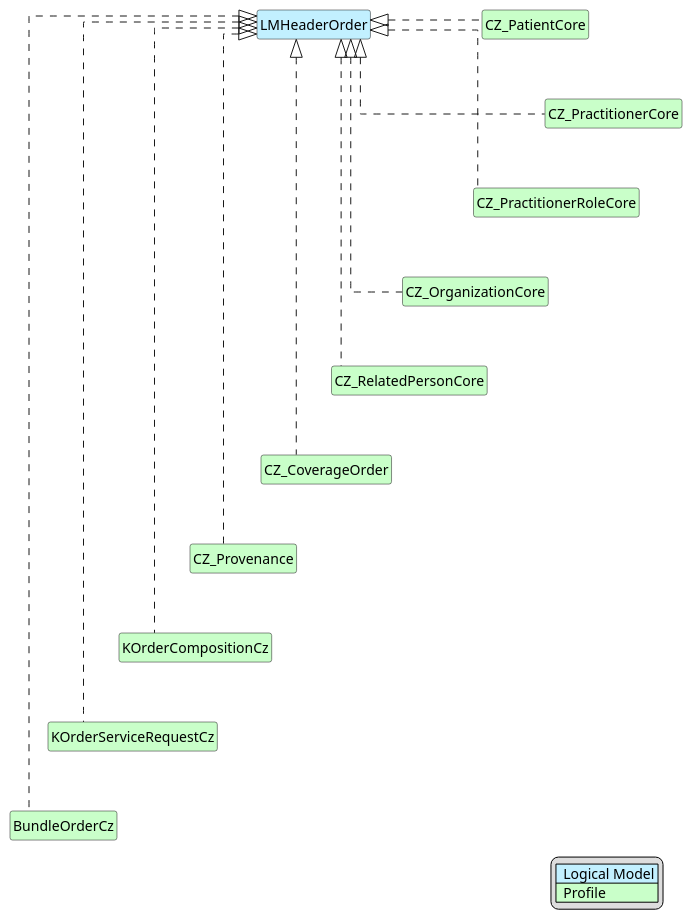
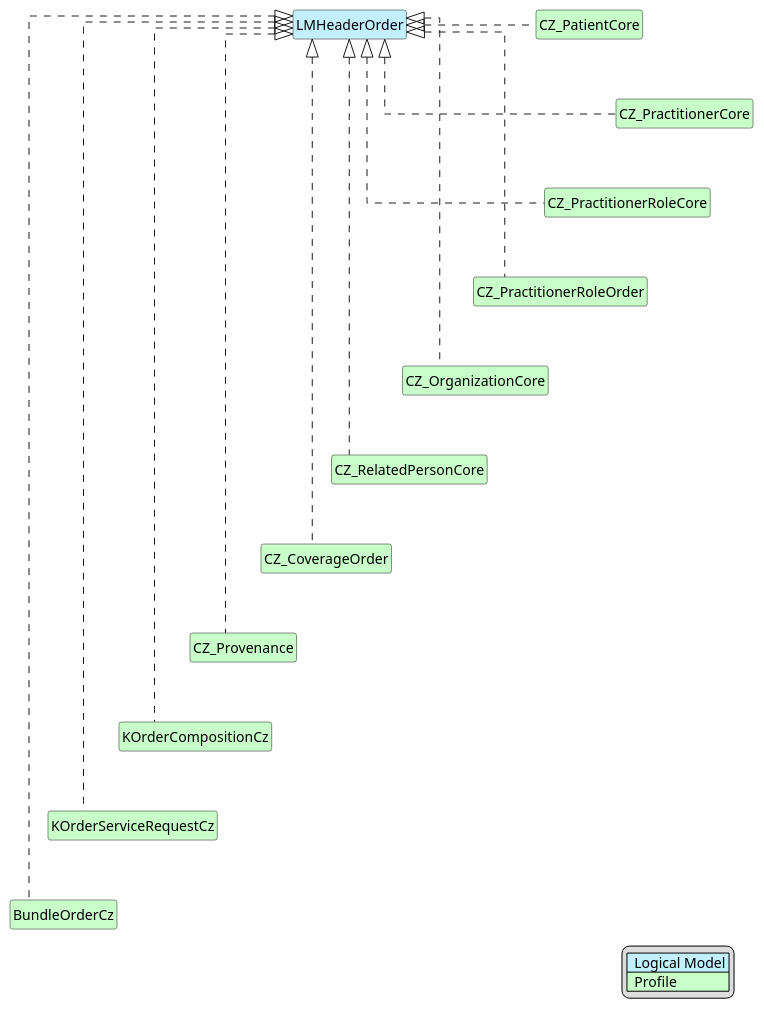
One commit to HL7-cz/k-order changed the diagram in input/images-source/K-Header-map.plantuml. Above: the diagram before and after it, drawn with PlantUML. The commit also changed 67 other files, not shown here.

```diff
--- a/input/images-source/K-Header-map.plantuml
+++ b/input/images-source/K-Header-map.plantuml
@@ -1,46 +1,49 @@
 @startuml
 ' Generated by scripts/sync-header-mapping.py
 hide circle
 hide stereotype
 hide members
 hide methods
 skinparam linetype ortho
 skinparam class {
 BackgroundColor<<LogicalModel>> #APPLICATION
 BackgroundColor<<Profile>> #TECHNOLOGY
 }
 legend right
 | <#APPLICATION>  Logical Model |
 | <#TECHNOLOGY>  Profile |
 endlegend
 class "LMHeaderOrder" as Header <<LogicalModel>> [[StructureDefinition-LMHeaderOrder.html]]
 class "CZ_PatientCore" as Target0 <<Profile>> [[https://hl7.cz/fhir/core/StructureDefinition-cz-patient-core.html]]
 Header <|. Target0
 class "CZ_PractitionerCore" as Target1 <<Profile>> [[https://hl7.cz/fhir/core/StructureDefinition-cz-practitioner-core.html]]
 Header <|. Target1
 Target0 -d[hidden]-> Target1
 class "CZ_PractitionerRoleCore" as Target2 <<Profile>> [[https://hl7.cz/fhir/core/StructureDefinition-cz-practitionerrole-core.html]]
 Header <|. Target2
 Target1 -d[hidden]-> Target2
-class "CZ_OrganizationCore" as Target3 <<Profile>> [[https://hl7.cz/fhir/core/StructureDefinition-cz-organization-core.html]]
+class "CZ_PractitionerRoleOrder" as Target3 <<Profile>> [[https://hl7.cz/fhir/core/StructureDefinition-practitionerrole-cz-order.html]]
 Header <|. Target3
 Target2 -d[hidden]-> Target3
-class "CZ_RelatedPersonCore" as Target4 <<Profile>> [[https://hl7.cz/fhir/core/StructureDefinition-cz-relatedPerson-core.html]]
+class "CZ_OrganizationCore" as Target4 <<Profile>> [[https://hl7.cz/fhir/core/StructureDefinition-cz-organization-core.html]]
 Header <|. Target4
 Target3 -d[hidden]-> Target4
-class "CZ_CoverageOrder" as Target5 <<Profile>> [[StructureDefinition-cz-coverage-order.html]]
+class "CZ_RelatedPersonCore" as Target5 <<Profile>> [[https://hl7.cz/fhir/core/StructureDefinition-cz-relatedPerson-core.html]]
 Header <|. Target5
 Target4 -d[hidden]-> Target5
-class "CZ_Provenance" as Target6 <<Profile>> [[https://hl7.cz/fhir/core/StructureDefinition-cz-provenance.html]]
+class "CZ_CoverageOrder" as Target6 <<Profile>> [[StructureDefinition-cz-coverage-order.html]]
 Header <|. Target6
 Target5 -d[hidden]-> Target6
-class "KOrderCompositionCz" as Target7 <<Profile>> [[StructureDefinition-KOrderCompositionCz.html]]
+class "CZ_Provenance" as Target7 <<Profile>> [[https://hl7.cz/fhir/core/StructureDefinition-cz-provenance.html]]
 Header <|. Target7
 Target6 -d[hidden]-> Target7
-class "KOrderServiceRequestCz" as Target8 <<Profile>> [[StructureDefinition-KOrderServiceRequestCz.html]]
+class "KOrderCompositionCz" as Target8 <<Profile>> [[StructureDefinition-k-order-composition-cz.html]]
 Header <|. Target8
 Target7 -d[hidden]-> Target8
-class "BundleOrderCz" as Target9 <<Profile>> [[StructureDefinition-BundleOrderCz.html]]
+class "KOrderServiceRequestCz" as Target9 <<Profile>> [[StructureDefinition-KOrderServiceRequestCz.html]]
 Header <|. Target9
 Target8 -d[hidden]-> Target9
+class "BundleOrderCz" as Target10 <<Profile>> [[StructureDefinition-BundleOrderCz.html]]
+Header <|. Target10
+Target9 -d[hidden]-> Target10
 @enduml
```
